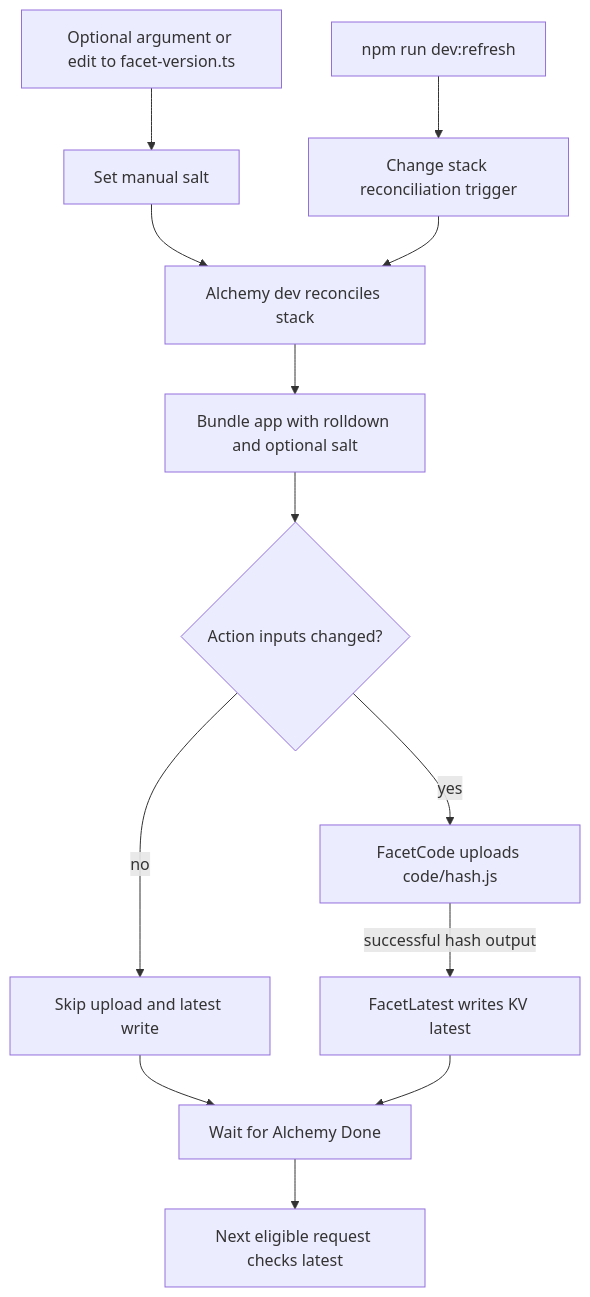
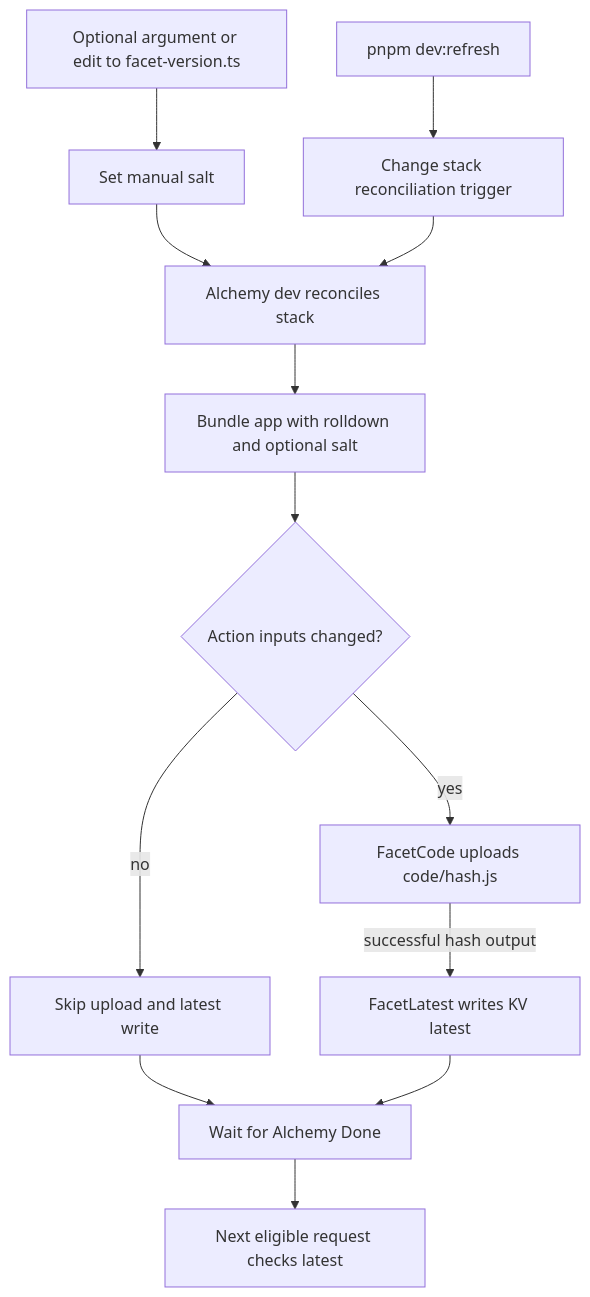
The fourth of 9 diagrams in docs/ARCHITECTURE.md (boarush/facet-swap), drawn with Mermaid before and after one commit. The commit also changed 9 other files, not shown here.

````diff
--- a/docs/ARCHITECTURE.md
+++ b/docs/ARCHITECTURE.md
@@ -140,15 +140,15 @@
 ```mermaid
 flowchart TD
-  CLI["npm run dev:refresh"] --> TRIGGER[Change stack reconciliation trigger]
+  CLI["pnpm dev:refresh"] --> TRIGGER[Change stack reconciliation trigger]
   SALT["Optional argument or edit to facet-version.ts"] --> LABEL[Set manual salt]
   LABEL --> EVAL[Alchemy dev reconciles stack]
   TRIGGER --> EVAL
   EVAL --> BUNDLE[Bundle app with rolldown and optional salt]
   BUNDLE --> DIFF{Action inputs changed?}
   DIFF -->|no| NOOP[Skip upload and latest write]
   DIFF -->|yes| UPLOAD[FacetCode uploads code/hash.js]
   UPLOAD -->|successful hash output| LATEST[FacetLatest writes KV latest]
   NOOP --> DONE[Wait for Alchemy Done]
   LATEST --> DONE
   DONE --> REQUEST[Next eligible request checks latest]
 ```
````
